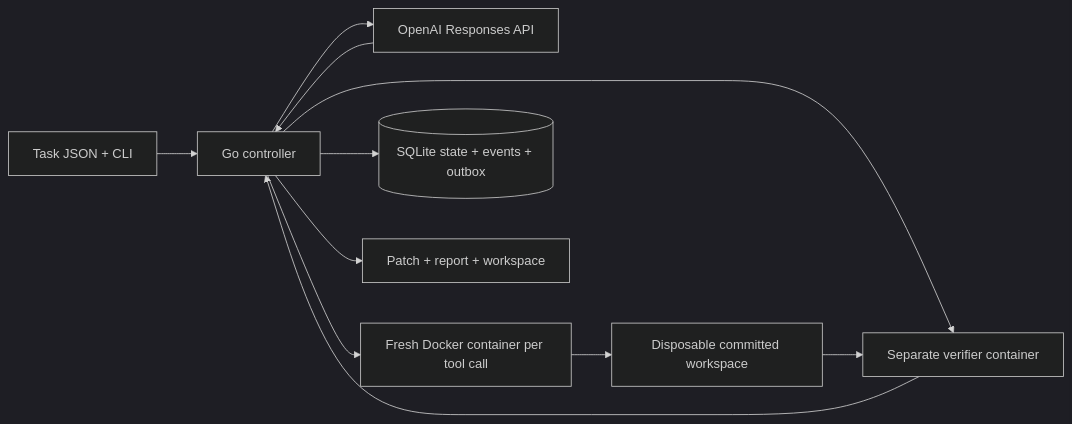
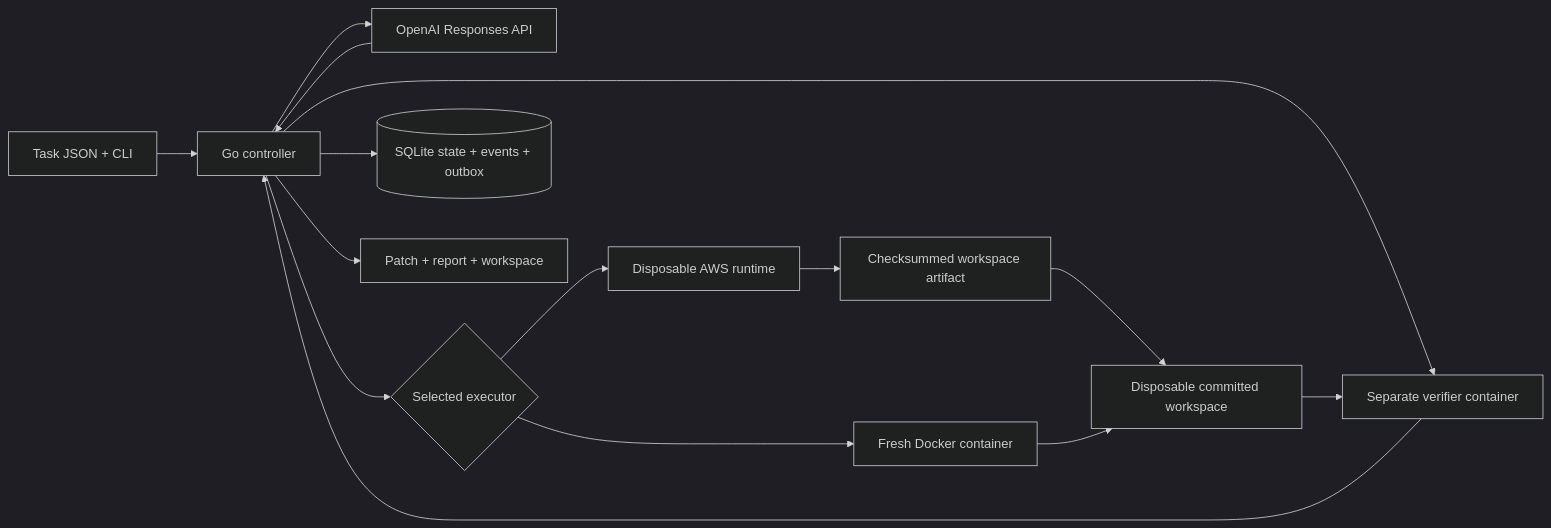
Before and after one commit to Siddhant-K-code/agent-harness: the diagram in docs/architecture.md, drawn with Mermaid (dark theme). The commit also changed other lines of this file and 18 other files, not shown here.

````diff
--- a/docs/architecture.md
+++ b/docs/architecture.md
@@ -3,13 +3,17 @@
 ```mermaid
 flowchart LR
     CLI[Task JSON + CLI] --> Controller[Go controller]
     Controller --> API[OpenAI Responses API]
     API --> Controller
-    Controller --> Docker[Fresh Docker container per tool call]
+    Controller --> Executor{Selected executor}
+    Executor --> Docker[Fresh Docker container]
+    Executor --> AWS[Disposable AWS runtime]
+    AWS --> Archive[Checksummed workspace artifact]
+    Archive --> Files
     Docker --> Files[Disposable committed workspace]
     Controller --> Verifier[Separate verifier container]
     Files --> Verifier
     Verifier --> Controller
     Controller --> DB[(SQLite state + events + outbox)]
     Controller --> Artifacts[Patch + report + workspace]
 ```
````
